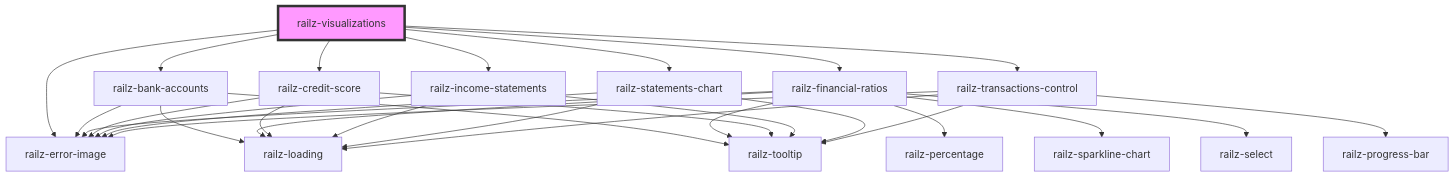
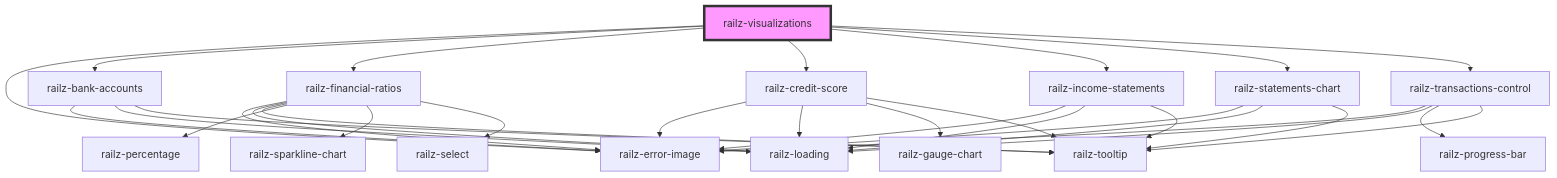
The diagram in packages/components/src/elements/core/readme.md (railz-ai/railz-visualizations), drawn with Mermaid before and after one commit. The commit also changed 10 other files, not shown here.

Commit message:
feat: credit score using gauge chart, more custom prop in gauge chart

````diff
--- a/packages/components/src/elements/core/readme.md
+++ b/packages/components/src/elements/core/readme.md
@@ -27,33 +27,34 @@
 ```mermaid
 graph TD;
   railz-visualizations --> railz-error-image
   railz-visualizations --> railz-bank-accounts
   railz-visualizations --> railz-financial-ratios
   railz-visualizations --> railz-credit-score
   railz-visualizations --> railz-income-statements
   railz-visualizations --> railz-statements-chart
   railz-visualizations --> railz-transactions-control
   railz-bank-accounts --> railz-error-image
   railz-bank-accounts --> railz-loading
   railz-bank-accounts --> railz-tooltip
   railz-financial-ratios --> railz-error-image
   railz-financial-ratios --> railz-loading
   railz-financial-ratios --> railz-tooltip
   railz-financial-ratios --> railz-percentage
   railz-financial-ratios --> railz-sparkline-chart
   railz-financial-ratios --> railz-select
   railz-credit-score --> railz-error-image
   railz-credit-score --> railz-loading
+  railz-credit-score --> railz-gauge-chart
   railz-credit-score --> railz-tooltip
   railz-income-statements --> railz-error-image
   railz-income-statements --> railz-loading
   railz-income-statements --> railz-tooltip
   railz-statements-chart --> railz-error-image
   railz-statements-chart --> railz-loading
   railz-statements-chart --> railz-tooltip
   railz-transactions-control --> railz-error-image
   railz-transactions-control --> railz-loading
   railz-transactions-control --> railz-progress-bar
   railz-transactions-control --> railz-tooltip
   style railz-visualizations fill:#f9f,stroke:#333,stroke-width:4px
 ```
````
